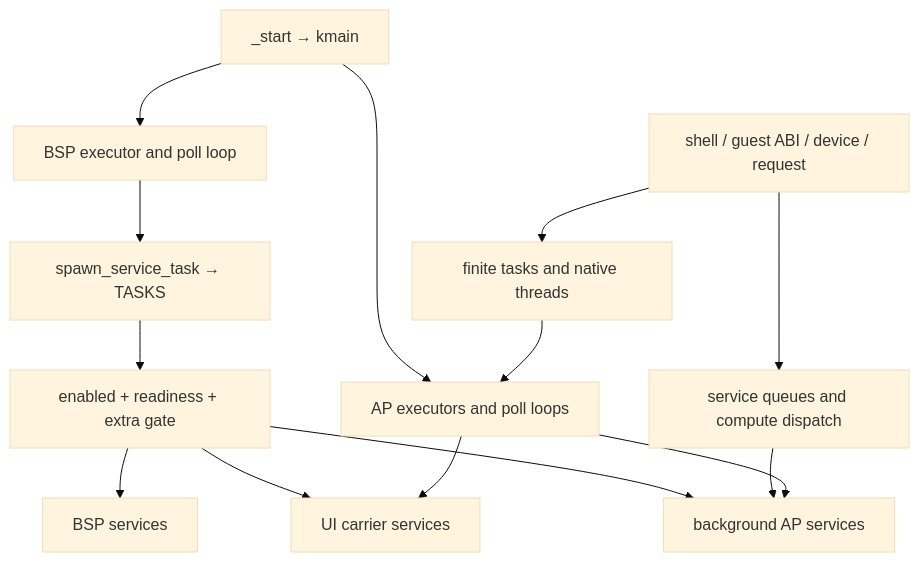
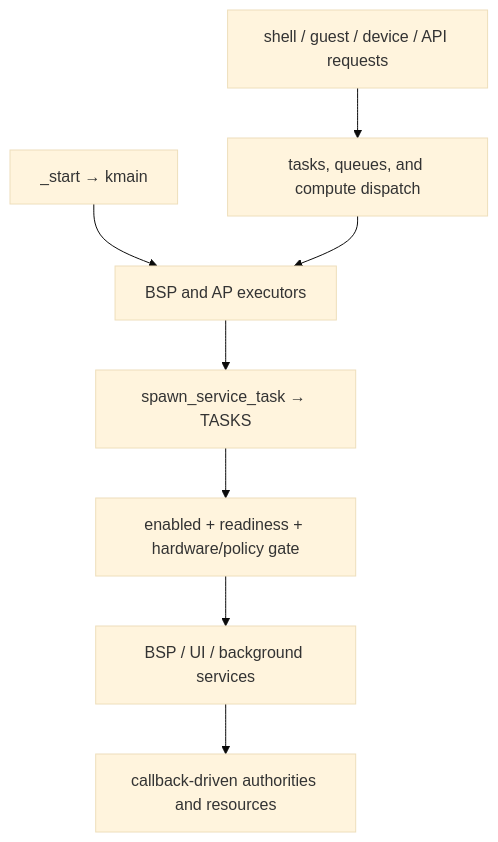
One commit to t4ce/TRUEOS changed the diagram in tools/docs/runtime-inventory.md. Above: the diagram before and after it, drawn with Mermaid (base theme). The commit also changed other lines of this file and 7 other files, not shown here.

````diff
--- a/tools/docs/runtime-inventory.md
+++ b/tools/docs/runtime-inventory.md
@@ -35,16 +34,10 @@
 ```mermaid
 flowchart TD
-    Boot["_start → kmain"] --> BSP["BSP executor and poll loop"]
-    Boot --> AP["AP executors and poll loops"]
-    BSP --> Registry["spawn_service_task → TASKS"]
-    Registry --> Gate["enabled + readiness + extra gate"]
-    Gate --> Local["BSP services"]
-    Gate --> UI["UI carrier services"]
-    Gate --> Background["background AP services"]
-    Request["shell / guest ABI / device / request"] --> Task["finite tasks and native threads"]
-    Request --> Queue["service queues and compute dispatch"]
-    Queue --> Background
-    Task --> AP
-    AP --> UI
-    AP --> Background
+    Boot["_start → kmain"] --> CPU["BSP and AP executors"]
+    CPU --> Registry["spawn_service_task → TASKS"]
+    Registry --> Gate["enabled + readiness + hardware/policy gate"]
+    Gate --> Service["BSP / UI / background services"]
+    Requests["shell / guest / device / API requests"] --> Jobs["tasks, queues, and compute dispatch"]
+    Jobs --> CPU
+    Service --> Callbacks["callback-driven authorities and resources"]
 ```
````
